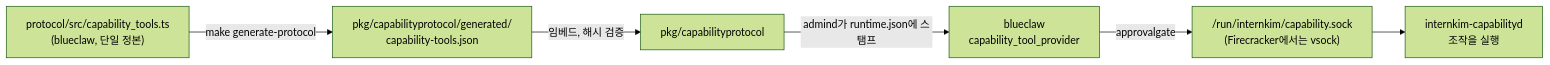
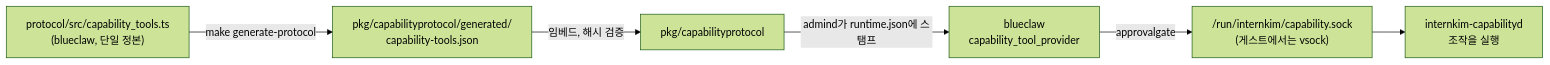
The diagram in docs/tools/index.ko.mdx (yeomyeonggeori/internkim), drawn with Mermaid (forest theme) before and after one commit. The commit also changed 15 other files, not shown here.

````diff
--- a/docs/tools/index.ko.mdx
+++ b/docs/tools/index.ko.mdx
@@ -91,8 +91,8 @@
 ```mermaid
 flowchart LR
   TS["protocol/src/capability_tools.ts<br/>(blueclaw, 단일 정본)"] -->|make generate-protocol| JSON["pkg/capabilityprotocol/generated/<br/>capability-tools.json"]
   JSON -->|임베드, 해시 검증| Go["pkg/capabilityprotocol"]
   Go -->|admind가 runtime.json에 스탬프| Blueclaw["blueclaw<br/>capability_tool_provider"]
-  Blueclaw -->|approvalgate| Socket["/run/internkim/capability.sock<br/>(Firecracker에서는 vsock)"]
+  Blueclaw -->|approvalgate| Socket["/run/internkim/capability.sock<br/>(게스트에서는 vsock)"]
   Socket --> Capabilityd["internkim-capabilityd<br/>조작을 실행"]
 ```
````
